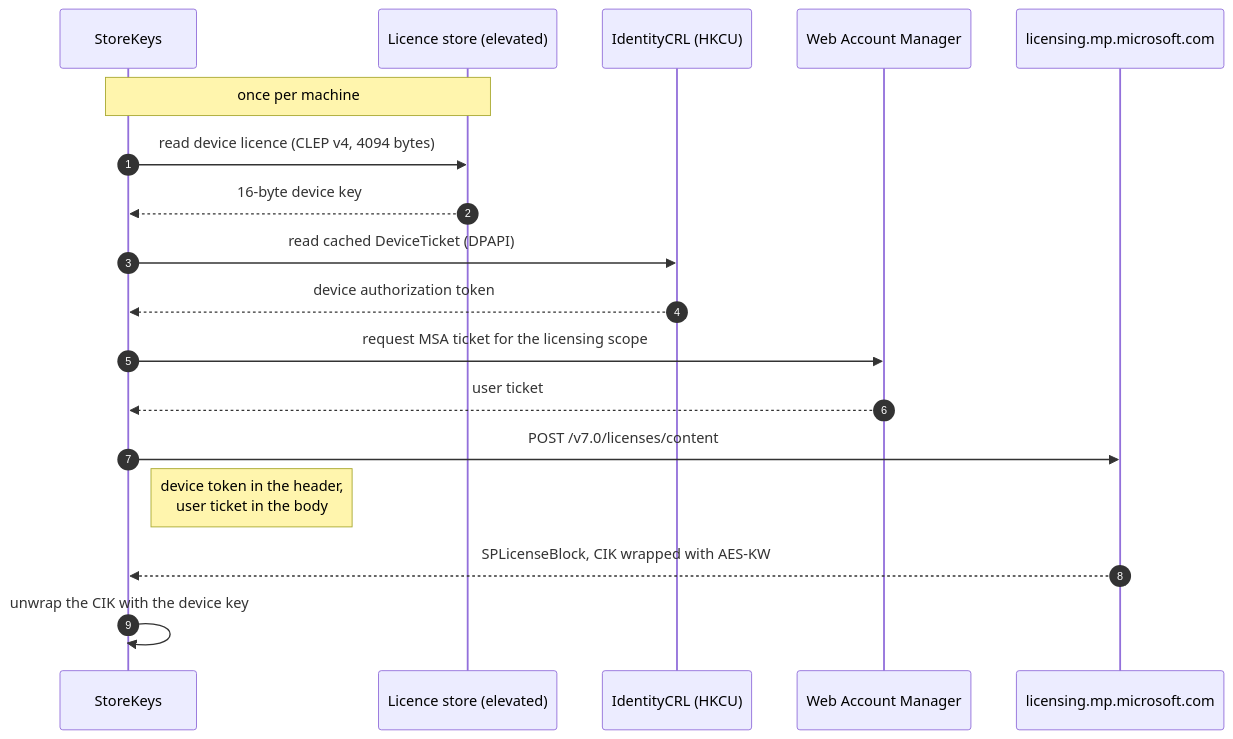
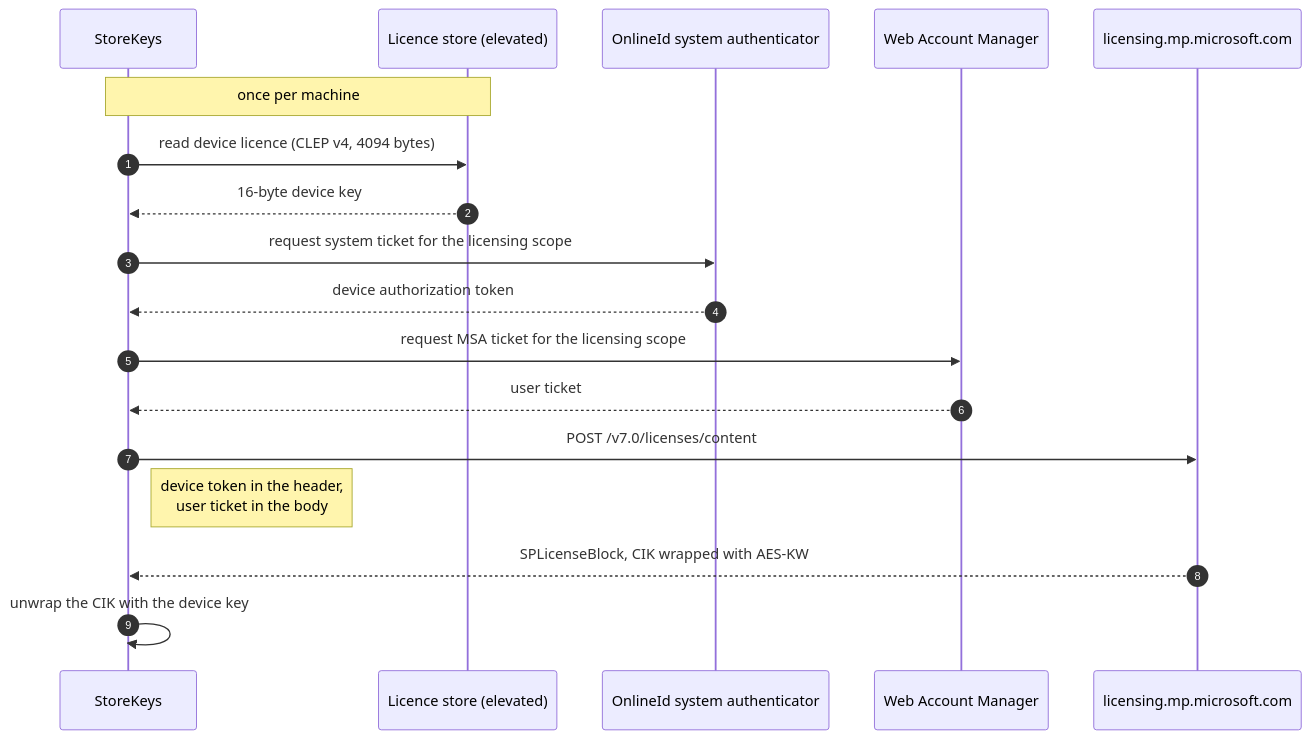
Before and after one commit to rtm516/StoreKeys: the diagram in docs/protocol.md, drawn with Mermaid. The commit also changed other lines of this file and 3 other files, not shown here.

Commit message:
Remove cached device ticket reader

````diff
--- a/docs/protocol.md
+++ b/docs/protocol.md
@@ -8,23 +8,23 @@
 ```mermaid
 sequenceDiagram
     autonumber
     participant K as StoreKeys
     participant L as Licence store (elevated)
-    participant I as IdentityCRL (HKCU)
+    participant I as OnlineId system authenticator
     participant W as Web Account Manager
     participant S as licensing.mp.microsoft.com
 
     Note over K,L: once per machine
     K->>L: read device licence (CLEP v4, 4094 bytes)
     L-->>K: 16-byte device key
 
-    K->>I: read cached DeviceTicket (DPAPI)
+    K->>I: request system ticket for the licensing scope
     I-->>K: device authorization token
     K->>W: request MSA ticket for the licensing scope
     W-->>K: user ticket
 
     K->>S: POST /v7.0/licenses/content
     Note right of K: device token in the header,<br/>user ticket in the body
     S-->>K: SPLicenseBlock, CIK wrapped with AES-KW
     K->>K: unwrap the CIK with the device key
 ```
````
